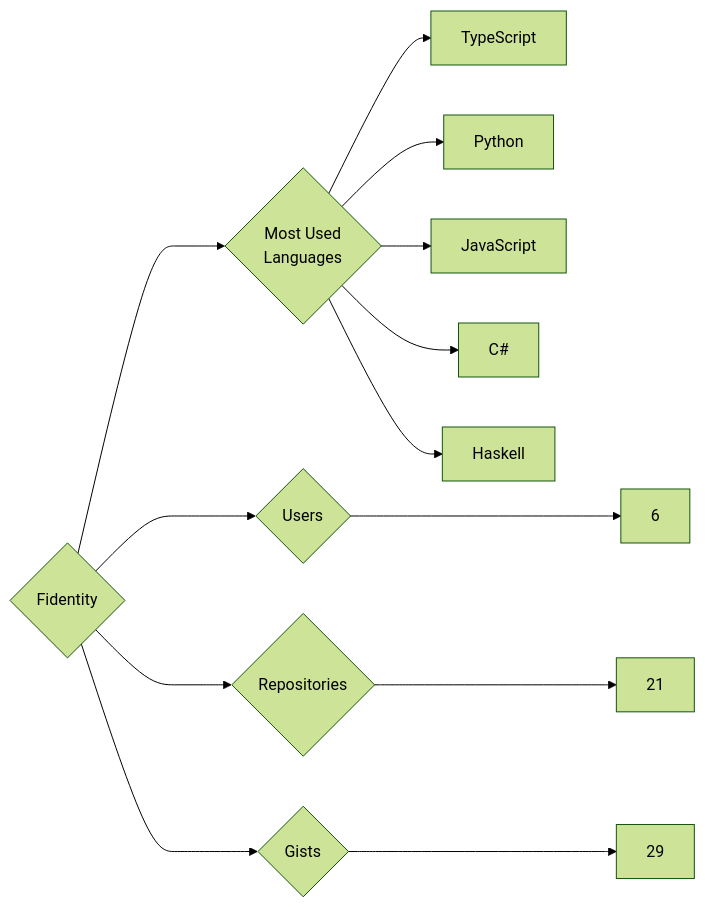
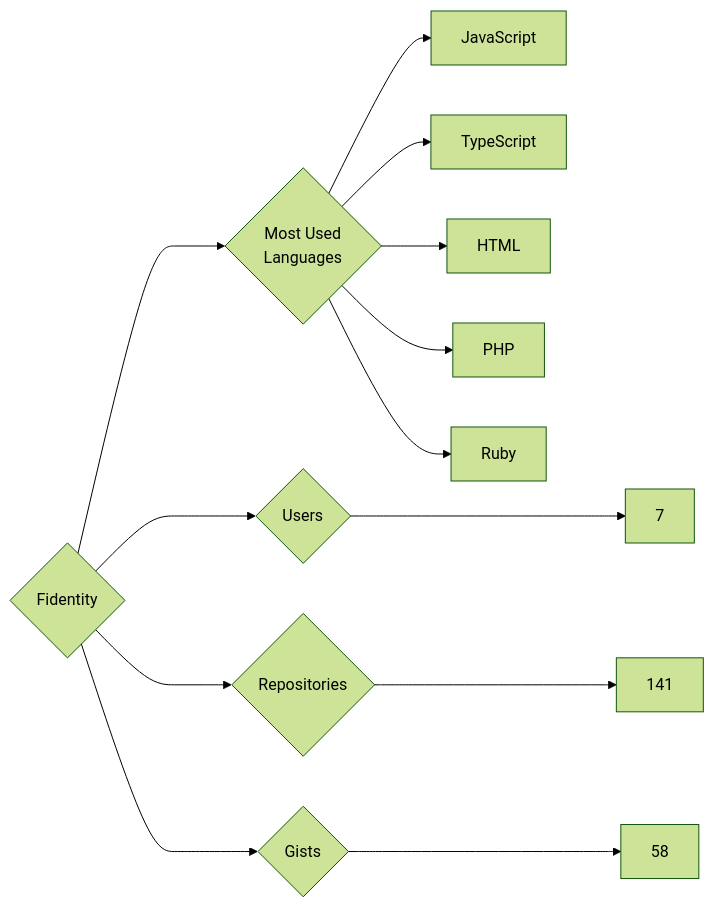
The diagram in targets/Fidentity/README.md (trickest/insiders), drawn with Mermaid (forest theme) before and after one commit. The commit also changed 873 other files, not shown here.

````diff
--- a/targets/Fidentity/README.md
+++ b/targets/Fidentity/README.md
@@ -3,13 +3,13 @@
 ```mermaid
 graph LR
 COMPANY_NAME{Fidentity}
-COMPANY_NAME ---> U{Users} ---> UN[6]
-COMPANY_NAME ---> R{Repositories} ---> RN[21]
-COMPANY_NAME ---> G{Gists} ---> GN[29]
+COMPANY_NAME ---> U{Users} ---> UN[7]
+COMPANY_NAME ---> R{Repositories} ---> RN[141]
+COMPANY_NAME ---> G{Gists} ---> GN[58]
 COMPANY_NAME ---> ML{Most Used<br>Languages}
+ML --> JavaScript[JavaScript]
 ML --> TypeScript[TypeScript]
-ML --> Python[Python]
-ML --> JavaScript[JavaScript]
-ML --> C#[C#]
-ML --> Haskell[Haskell]
+ML --> HTML[HTML]
+ML --> PHP[PHP]
+ML --> Ruby[Ruby]
 ```
````
